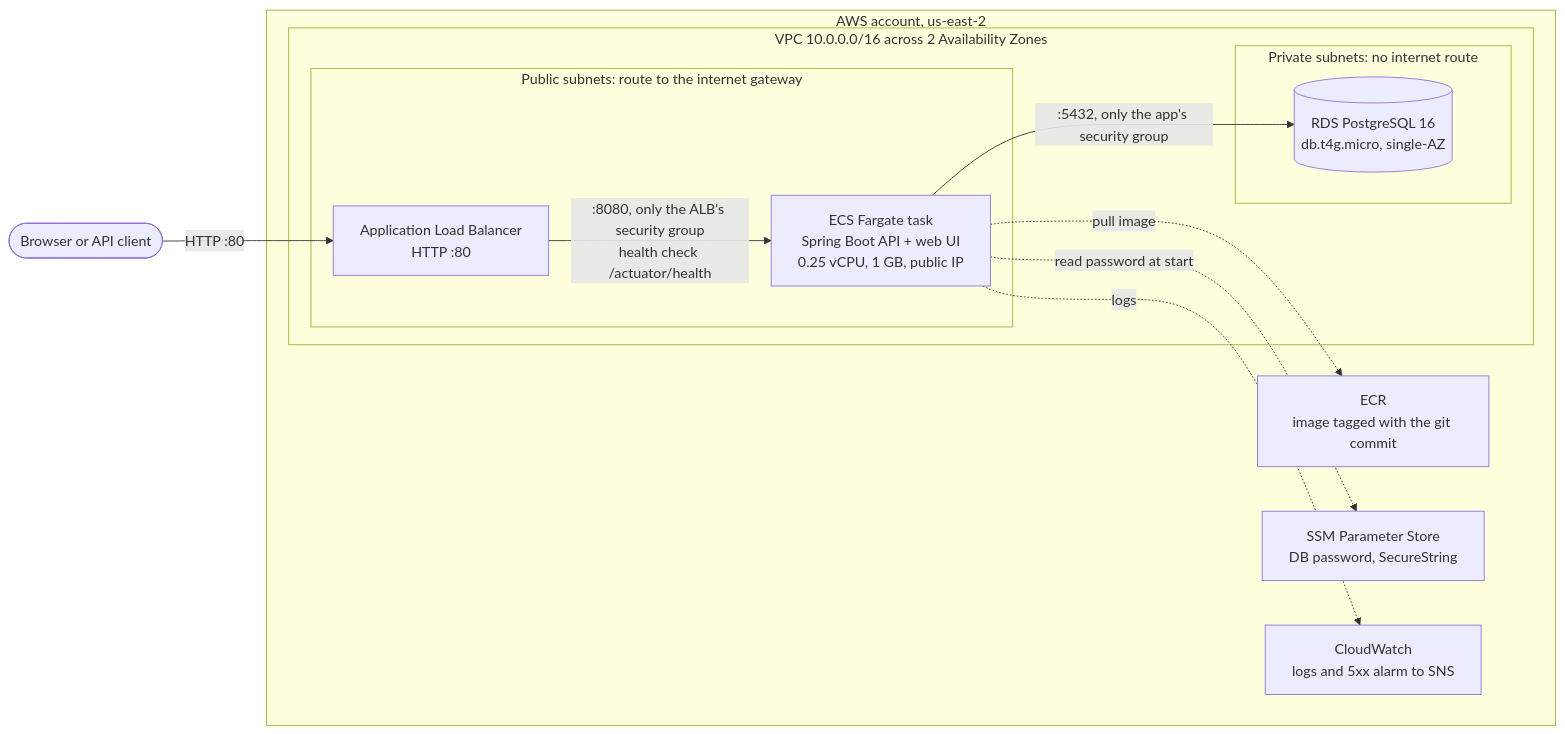
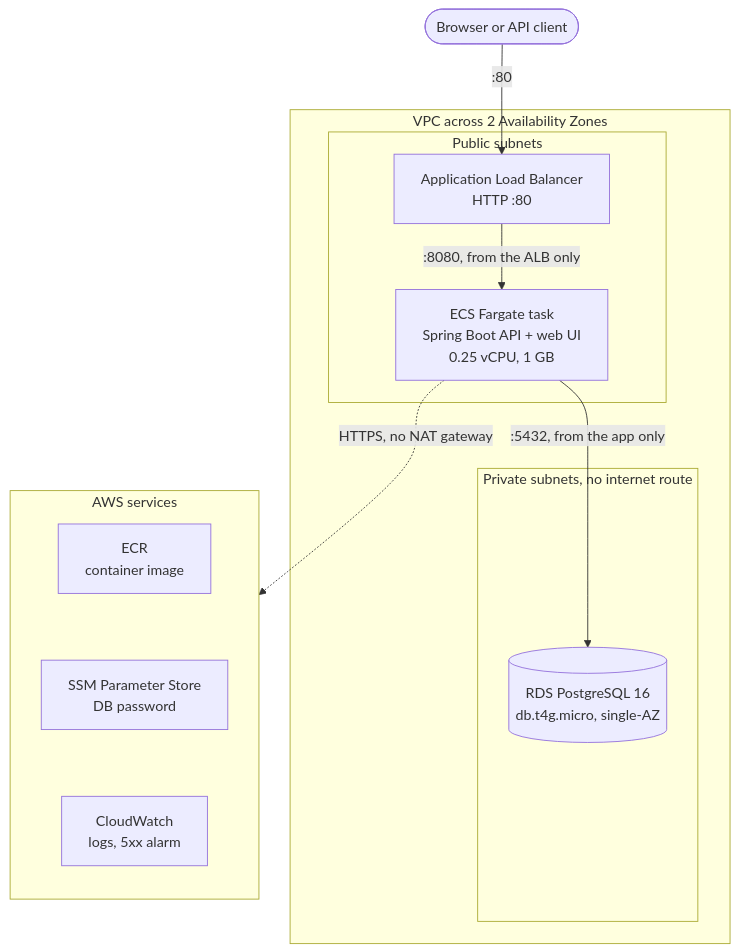
Before and after one commit to Pallavi-Nile-98/claims-approval-api: the first of 2 diagrams in README.md, drawn with Mermaid.

Commit message:
docs: make the architecture diagram readable on GitHub
The left-to-right layout with long edge labels was scaled down to fit GitHub's README column until the text was too small to read. Switched to a top-to-bottom layout with short labels and the three AWS services stacked in one group joined by a single dotted link; the detail lives in the numbered request-flow list under the diagram. Previewed with mermaid.ink before committing.

````diff
--- a/README.md
+++ b/README.md
@@ -34,26 +34,27 @@
 ```mermaid
-flowchart LR
+flowchart TB
     client(["Browser or API client"])
 
-    subgraph aws["AWS account, us-east-2"]
-        subgraph vpc["VPC 10.0.0.0/16 across 2 Availability Zones"]
-            subgraph public["Public subnets: route to the internet gateway"]
-                alb["Application Load Balancer<br/>HTTP :80"]
-                task["ECS Fargate task<br/>Spring Boot API + web UI<br/>0.25 vCPU, 1 GB, public IP"]
-            end
-            subgraph private["Private subnets: no internet route"]
-                rds[("RDS PostgreSQL 16<br/>db.t4g.micro, single-AZ")]
-            end
+    subgraph vpc["VPC across 2 Availability Zones"]
+        subgraph public["Public subnets"]
+            alb["Application Load Balancer<br/>HTTP :80"]
+            task["ECS Fargate task<br/>Spring Boot API + web UI<br/>0.25 vCPU, 1 GB"]
         end
-        ecr["ECR<br/>image tagged with the git commit"]
-        ssm["SSM Parameter Store<br/>DB password, SecureString"]
-        cw["CloudWatch<br/>logs and 5xx alarm to SNS"]
+        subgraph private["Private subnets, no internet route"]
+            rds[("RDS PostgreSQL 16<br/>db.t4g.micro, single-AZ")]
+        end
     end
 
-    client -->|"HTTP :80"| alb
-    alb -->|":8080, only the ALB's security group<br/>health check /actuator/health"| task
-    task -->|":5432, only the app's security group"| rds
-    task -.->|"pull image"| ecr
-    task -.->|"read password at start"| ssm
-    task -.->|"logs"| cw
+    subgraph services["AWS services"]
+        direction TB
+        ecr["ECR<br/>container image"]
+        ssm["SSM Parameter Store<br/>DB password"]
+        cw["CloudWatch<br/>logs, 5xx alarm"]
+        ecr ~~~ ssm ~~~ cw
+    end
+
+    client -->|":80"| alb
+    alb -->|":8080, from the ALB only"| task
+    task -->|":5432, from the app only"| rds
+    task -.->|"HTTPS, no NAT gateway"| services
 ```
````
